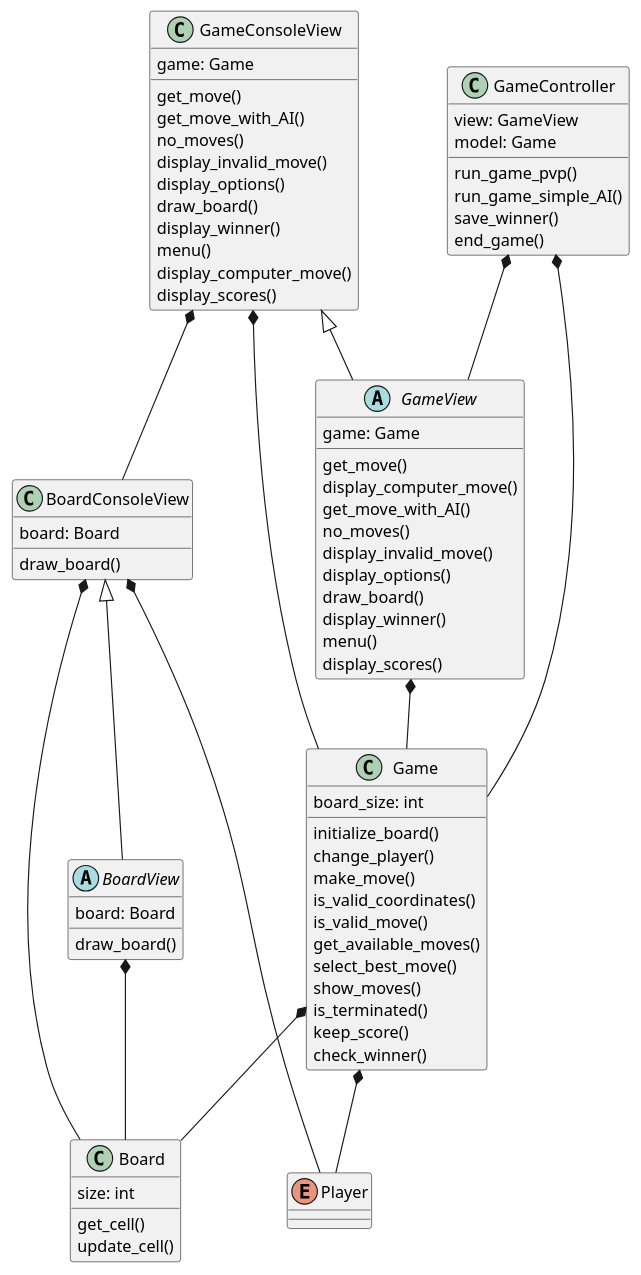
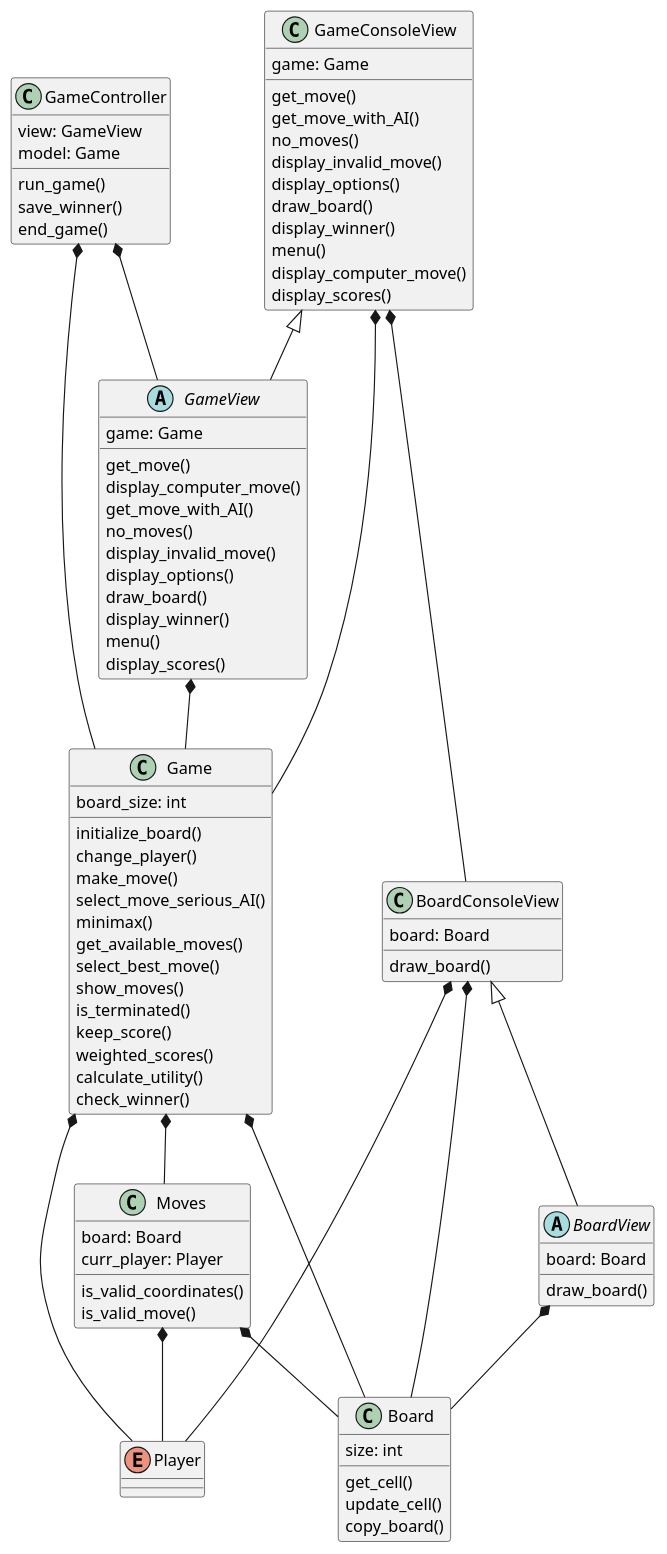
Before and after one commit to akuznetsova22/Reversi_game: the diagram in UML Python project.puml, drawn with PlantUML. The commit also changed 13 other files, not shown here.

Commit message:
updated the architecture scheme

```diff
--- a/UML Python project.puml
+++ b/UML Python project.puml
@@ -1,83 +1,95 @@
 @startuml
 class GameController{
     view: GameView
     model: Game
-    run_game_pvp()
-    run_game_simple_AI()
+    run_game()
     save_winner()
     end_game()
 }
 class Board{
     size: int
     get_cell()
     update_cell()
+    copy_board()
+
 }
 class Game{
     board_size: int
     initialize_board()
     change_player()
     make_move()
-    is_valid_coordinates()
-    is_valid_move()
+    select_move_serious_AI()
+    minimax()
     get_available_moves()
     select_best_move()
     show_moves()
     is_terminated()
     keep_score()
+    weighted_scores()
+    calculate_utility()
     check_winner()
+}
+class Moves{
+    board: Board
+    curr_player: Player
+    is_valid_coordinates()
+    is_valid_move()
 }
 enum Player{
 }
 
 class BoardConsoleView{
     board: Board
     draw_board()
 }
 
 abstract class BoardView{
     board: Board
     draw_board()
 }
 
 class GameConsoleView{
     game: Game
     get_move()
     get_move_with_AI()
     no_moves()
     display_invalid_move()
     display_options()
     draw_board()
     display_winner()
     menu()
     display_computer_move()
     display_scores()
 }
 
 abstract class GameView{
     game: Game
     get_move()
     display_computer_move()
     get_move_with_AI()
     no_moves()
     display_invalid_move()
     display_options()
     draw_board()
     display_winner()
     menu()
     display_scores()
 }
 Game *-- Player
 Game *-- Board
+Game *-- Moves
+Moves *-- Board
+Moves *-- Player
 BoardView *-- Board 
 GameView *-- Game
 BoardConsoleView *-- Board
 BoardConsoleView *-- Player
 BoardConsoleView <|--BoardView
 GameConsoleView *-- BoardConsoleView
 GameConsoleView *-- Game
 GameConsoleView <|-- GameView
 
 GameController *-- Game
 GameController *-- GameView
 
 @enduml
```
